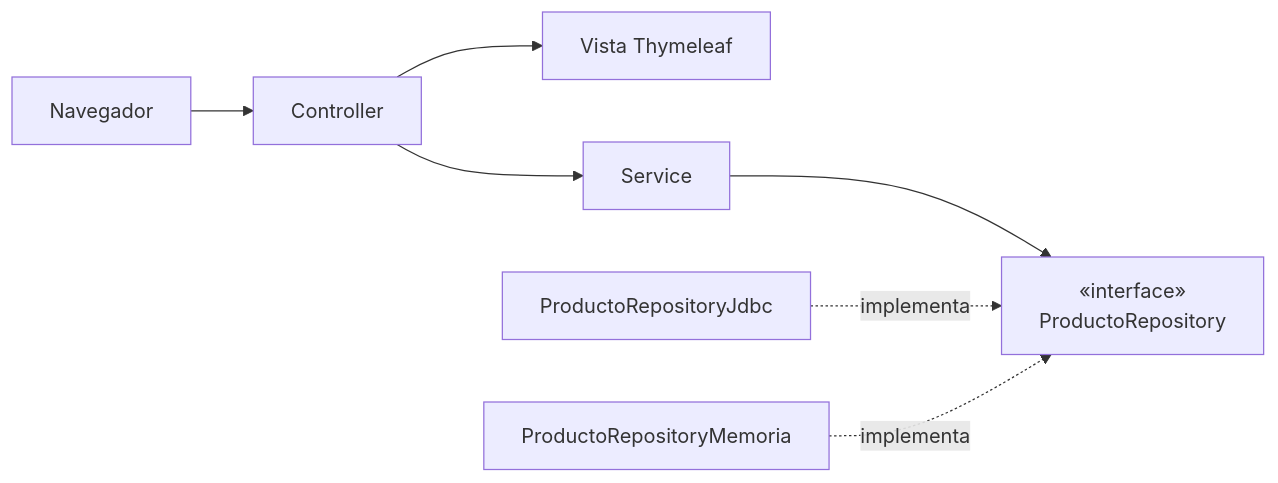
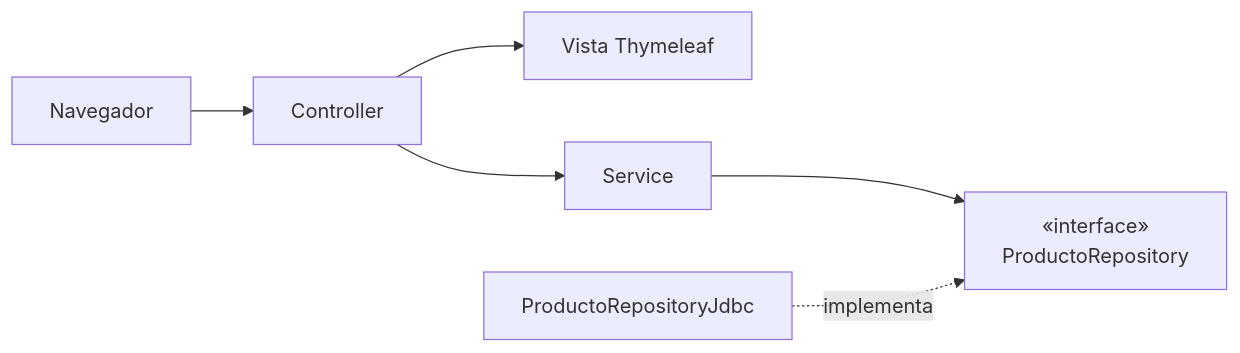
One commit to profeMelola/DWES-02-2026-27 changed the diagram in conceptos/SOLID-y-patrones.md. Above: the diagram before and after it, drawn with Mermaid.

````diff
--- a/conceptos/SOLID-y-patrones.md
+++ b/conceptos/SOLID-y-patrones.md
@@ -27,9 +27,8 @@
 ```mermaid
 flowchart LR
     N[Navegador] --> C[Controller]
     C --> V[Vista Thymeleaf]
     C --> S[Service]
     S --> R["«interface»<br/>ProductoRepository"]
     J[ProductoRepositoryJdbc] -.->|implementa| R
-    M[ProductoRepositoryMemoria] -.->|implementa| R
 ```
````
